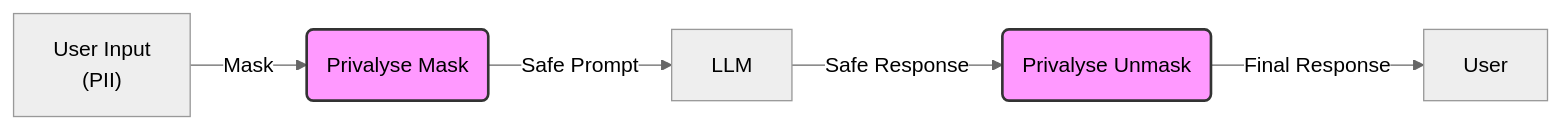
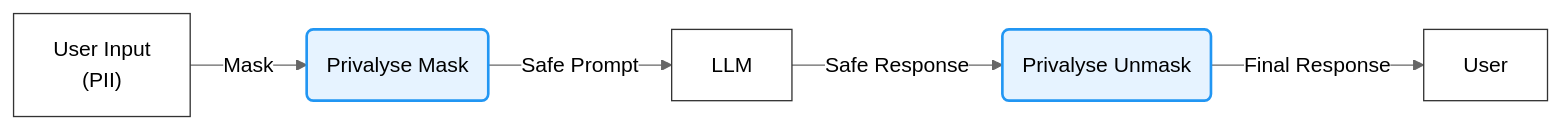
The diagram in README.md (Privalyse/privalyse-mask), drawn with Mermaid (neutral theme) before and after one commit.

Commit message:
docs: improve mermaid diagram readability and colors

````diff
--- a/README.md
+++ b/README.md
@@ -43,9 +43,12 @@
 ```mermaid
-graph LR
+flowchart LR
     A["User Input<br/>(PII)"] -->|Mask| B("Privalyse Mask")
     B -->|"Safe Prompt"| C["LLM"]
     C -->|"Safe Response"| D("Privalyse Unmask")
     D -->|"Final Response"| E["User"]
-    style B fill:#f9f,stroke:#333,stroke-width:2px
-    style D fill:#f9f,stroke:#333,stroke-width:2px
+    style B fill:#e6f3ff,stroke:#2196f3,stroke-width:2px,color:#000
+    style D fill:#e6f3ff,stroke:#2196f3,stroke-width:2px,color:#000
+    style A fill:#fff,stroke:#333,color:#000
+    style C fill:#fff,stroke:#333,color:#000
+    style E fill:#fff,stroke:#333,color:#000
 ```
````
